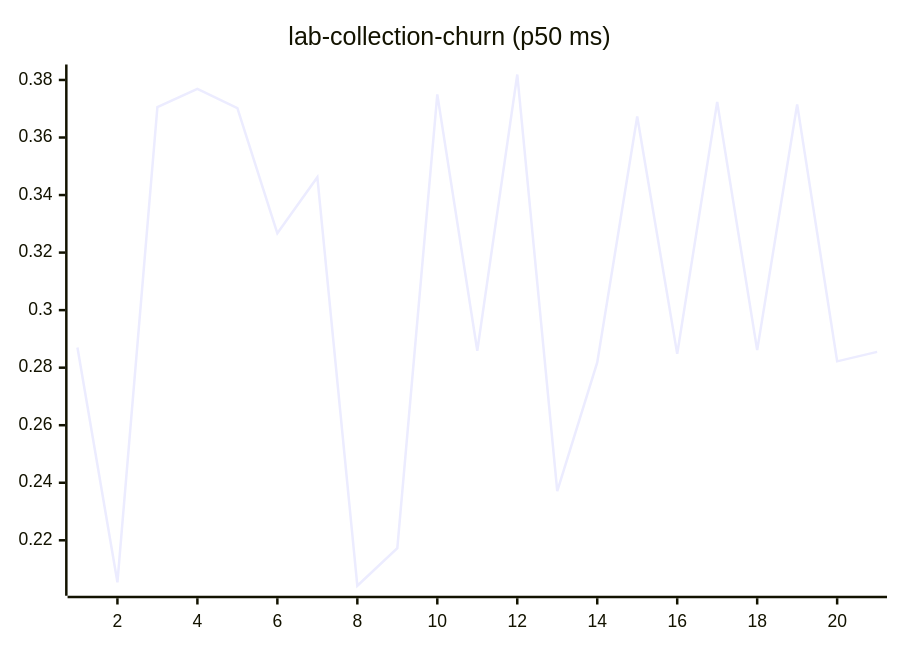
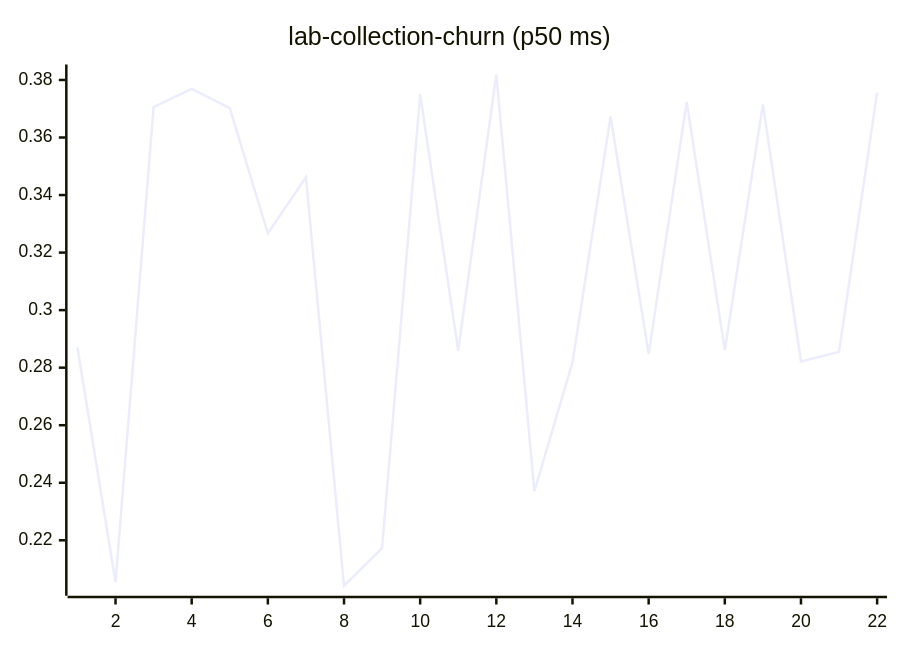
Diagram 11 of 27 in README.md (josha/Facet), drawn with Mermaid before and after one commit. The commit also changed other lines of this file and 2 other files, not shown here.

````diff
--- a/README.md
+++ b/README.md
@@ -133,6 +133,6 @@
 ```mermaid
 xychart-beta
     title "lab-collection-churn (p50 ms)"
-    x-axis 1 --> 21
-    line [0.2870, 0.2054, 0.3706, 0.3769, 0.3702, 0.3267, 0.3462, 0.2042, 0.2173, 0.3750, 0.2859, 0.3819, 0.2371, 0.2818, 0.3673, 0.2848, 0.3724, 0.2861, 0.3715, 0.2822, 0.2855]
+    x-axis 1 --> 22
+    line [0.2870, 0.2054, 0.3706, 0.3769, 0.3702, 0.3267, 0.3462, 0.2042, 0.2173, 0.3750, 0.2859, 0.3819, 0.2371, 0.2818, 0.3673, 0.2848, 0.3724, 0.2861, 0.3715, 0.2822, 0.2855, 0.3757]
 ```
````
